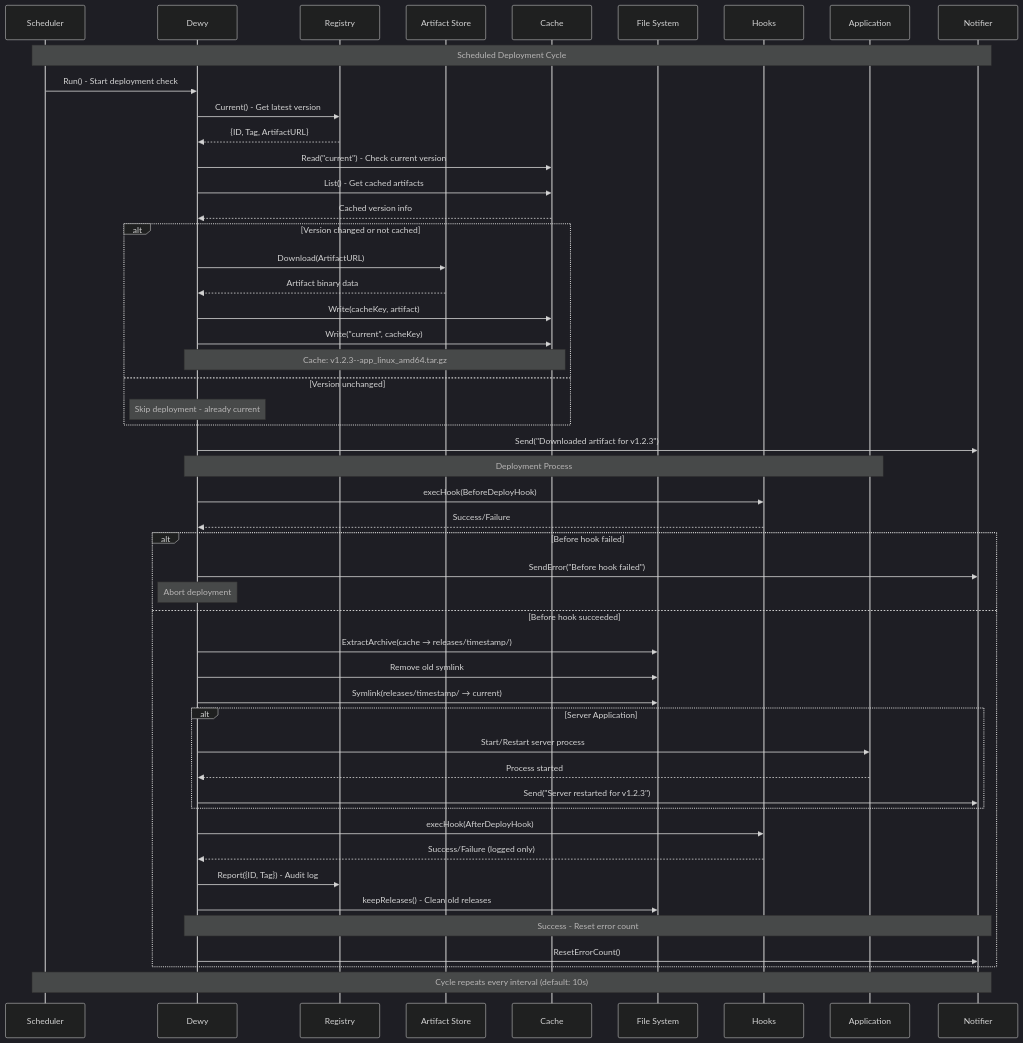
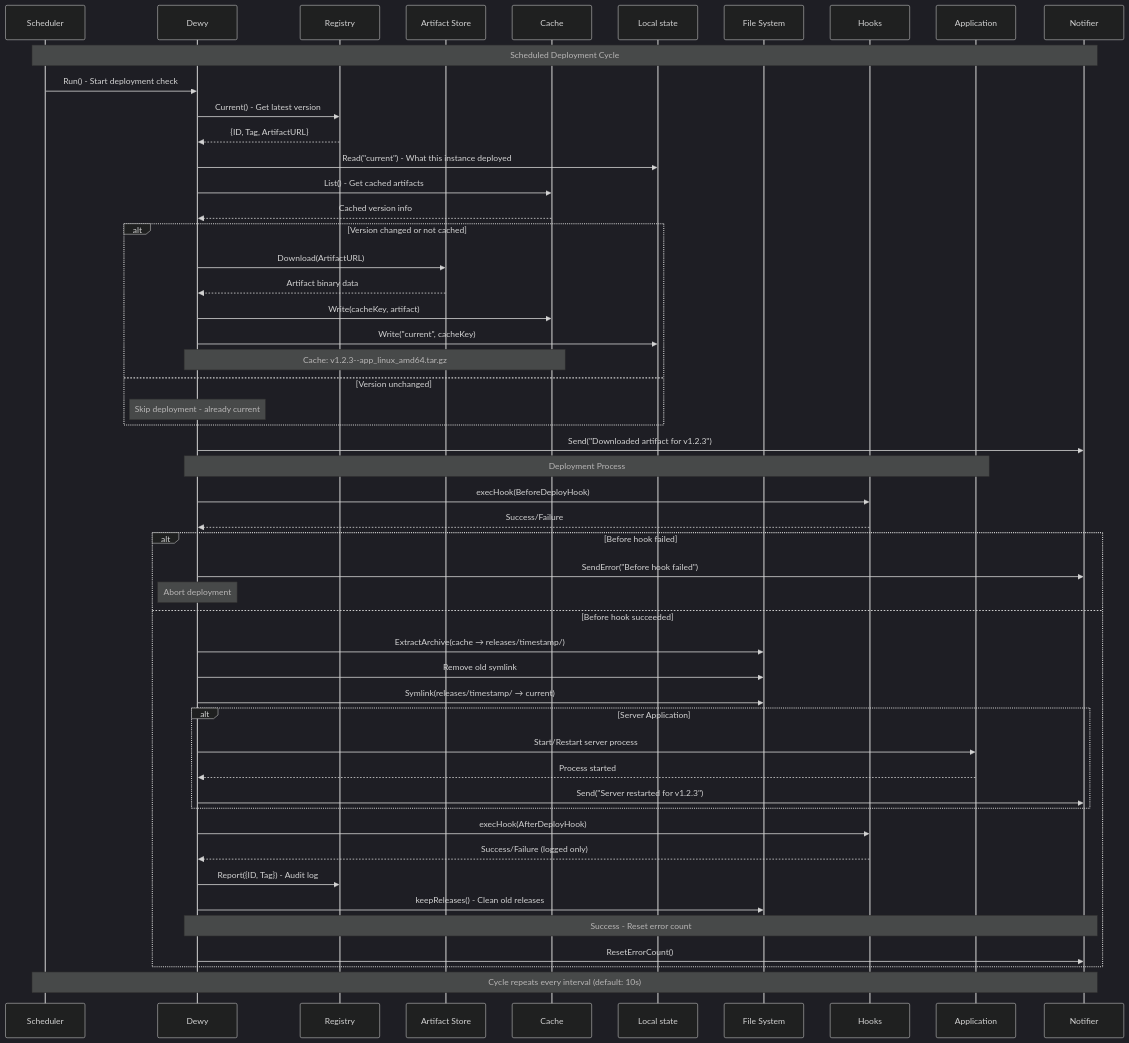
One commit to linyows/dewy changed the diagram in README.ja.md. Above: the diagram before and after it, drawn with Mermaid (dark theme). The commit also changed 9 other files, not shown here.

````diff
--- a/README.ja.md
+++ b/README.ja.md
@@ -481,65 +481,66 @@
 ```mermaid
 sequenceDiagram
     participant S as Scheduler
     participant D as Dewy
     participant R as Registry
     participant A as Artifact Store
     participant C as Cache
+    participant L as Local state
     participant F as File System
     participant H as Hooks
     participant App as Application
     participant N as Notifier
 
     Note over S,N: Scheduled Deployment Cycle
 
     S->>D: Run() - Start deployment check
     D->>R: Current() - Get latest version
     R-->>D: {ID, Tag, ArtifactURL}
 
-    D->>C: Read("current") - Check current version
+    D->>L: Read("current") - What this instance deployed
     D->>C: List() - Get cached artifacts
     C-->>D: Cached version info
 
     alt Version changed or not cached
         D->>A: Download(ArtifactURL)
         A-->>D: Artifact binary data
         D->>C: Write(cacheKey, artifact)
-        D->>C: Write("current", cacheKey)
+        D->>L: Write("current", cacheKey)
         Note over D,C: Cache: v1.2.3--app_linux_amd64.tar.gz
     else Version unchanged
         Note over D: Skip deployment - already current
     end
 
     D->>N: Send("Downloaded artifact for v1.2.3")
 
     Note over D,App: Deployment Process
 
     D->>H: execHook(BeforeDeployHook)
     H-->>D: Success/Failure
 
     alt Before hook failed
         D->>N: SendError("Before hook failed")
         Note over D: Abort deployment
     else Before hook succeeded
         D->>F: ExtractArchive(cache → releases/timestamp/)
         D->>F: Remove old symlink
         D->>F: Symlink(releases/timestamp/ → current)
 
         alt Server Application
             D->>App: Start/Restart server process
             App-->>D: Process started
             D->>N: Send("Server restarted for v1.2.3")
         end
 
         D->>H: execHook(AfterDeployHook)
         H-->>D: Success/Failure (logged only)
 
         D->>R: Report({ID, Tag}) - Audit log
         D->>F: keepReleases() - Clean old releases
 
         Note over D,N: Success - Reset error count
         D->>N: ResetErrorCount()
     end
 
     Note over S,N: Cycle repeats every interval (default: 10s)
 ```
````
